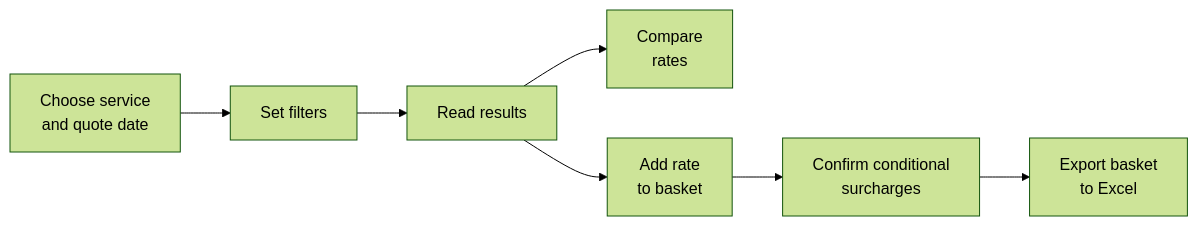
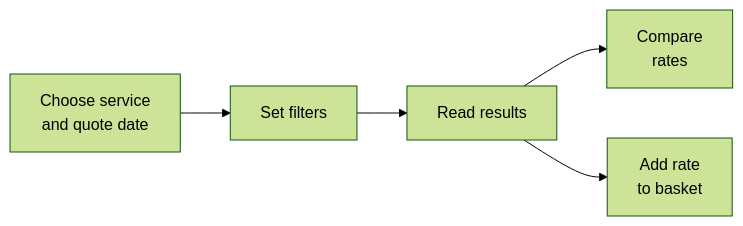
Before and after one commit to Cnext-eu/OptiRateX_Documentation: the fifth of 6 diagrams in End_User_Training/OptiRateX_End_User_Training.md, drawn with Mermaid (forest theme). The commit also changed other lines of this file and 2 other files, not shown here.

````diff
--- a/End_User_Training/OptiRateX_End_User_Training.md
+++ b/End_User_Training/OptiRateX_End_User_Training.md
@@ -545,11 +587,9 @@
 ```mermaid
 
 flowchart LR
     A[Choose service<br>and quote date] --> B[Set filters]
     B --> C[Read results]
     C --> D[Compare<br>rates]
     C --> E[Add rate<br>to basket]
-    E --> F[Confirm conditional<br>surcharges]
-    F --> G[Export basket<br>to Excel]
 
 ```
````
